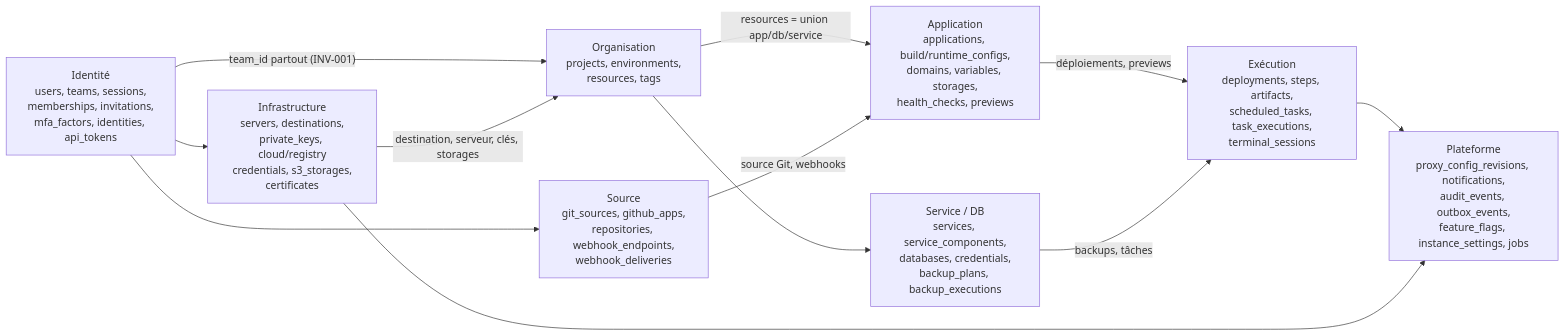
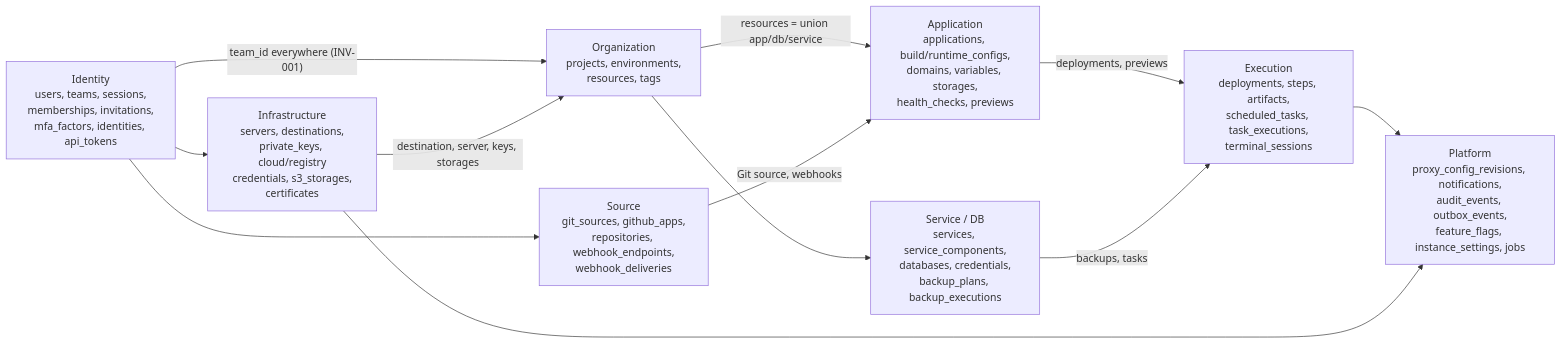
One commit to deepteams/akerdock changed the first of 9 diagrams in docs/specs/erd.md. Above: the diagram before and after it, drawn with Mermaid. The commit also changed other lines of this file and 34 other files, not shown here.

````diff
--- a/docs/specs/erd.md
+++ b/docs/specs/erd.md
@@ -11,23 +11,23 @@
 ```mermaid
 flowchart LR
-    ID["Identité<br/>users, teams, sessions,<br/>memberships, invitations,<br/>mfa_factors, identities, api_tokens"]
-    ORG["Organisation<br/>projects, environments,<br/>resources, tags"]
+    ID["Identity<br/>users, teams, sessions,<br/>memberships, invitations,<br/>mfa_factors, identities, api_tokens"]
+    ORG["Organization<br/>projects, environments,<br/>resources, tags"]
     INFRA["Infrastructure<br/>servers, destinations,<br/>private_keys, cloud/registry<br/>credentials, s3_storages,<br/>certificates"]
     SRC["Source<br/>git_sources, github_apps,<br/>repositories, webhook_endpoints,<br/>webhook_deliveries"]
     APP["Application<br/>applications, build/runtime_configs,<br/>domains, variables, storages,<br/>health_checks, previews"]
     SVC["Service / DB<br/>services, service_components,<br/>databases, credentials,<br/>backup_plans, backup_executions"]
-    EXEC["Exécution<br/>deployments, steps, artifacts,<br/>scheduled_tasks, task_executions,<br/>terminal_sessions"]
-    PLAT["Plateforme<br/>proxy_config_revisions, notifications,<br/>audit_events, outbox_events,<br/>feature_flags, instance_settings, jobs"]
+    EXEC["Execution<br/>deployments, steps, artifacts,<br/>scheduled_tasks, task_executions,<br/>terminal_sessions"]
+    PLAT["Platform<br/>proxy_config_revisions, notifications,<br/>audit_events, outbox_events,<br/>feature_flags, instance_settings, jobs"]
 
-    ID -->|"team_id partout (INV-001)"| ORG
+    ID -->|"team_id everywhere (INV-001)"| ORG
     ID --> INFRA
     ID --> SRC
     ORG -->|"resources = union app/db/service"| APP
     ORG --> SVC
-    INFRA -->|"destination, serveur, clés, storages"| ORG
-    SRC -->|"source Git, webhooks"| APP
-    APP -->|"déploiements, previews"| EXEC
-    SVC -->|"backups, tâches"| EXEC
+    INFRA -->|"destination, server, keys, storages"| ORG
+    SRC -->|"Git source, webhooks"| APP
+    APP -->|"deployments, previews"| EXEC
+    SVC -->|"backups, tasks"| EXEC
     EXEC --> PLAT
     INFRA --> PLAT
 ```
````
